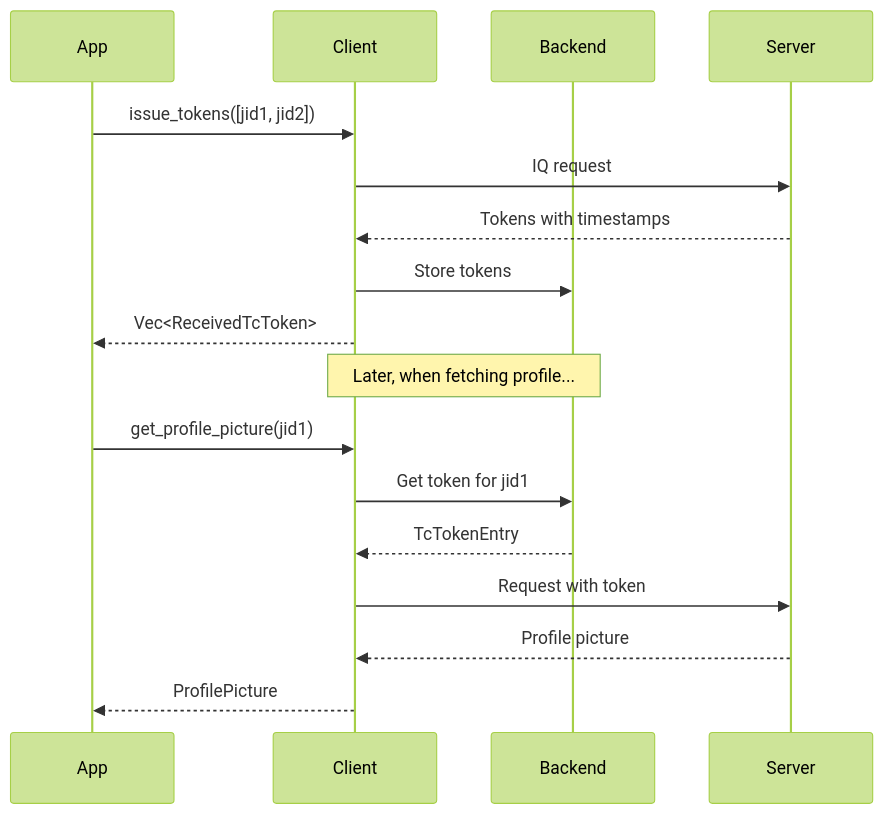
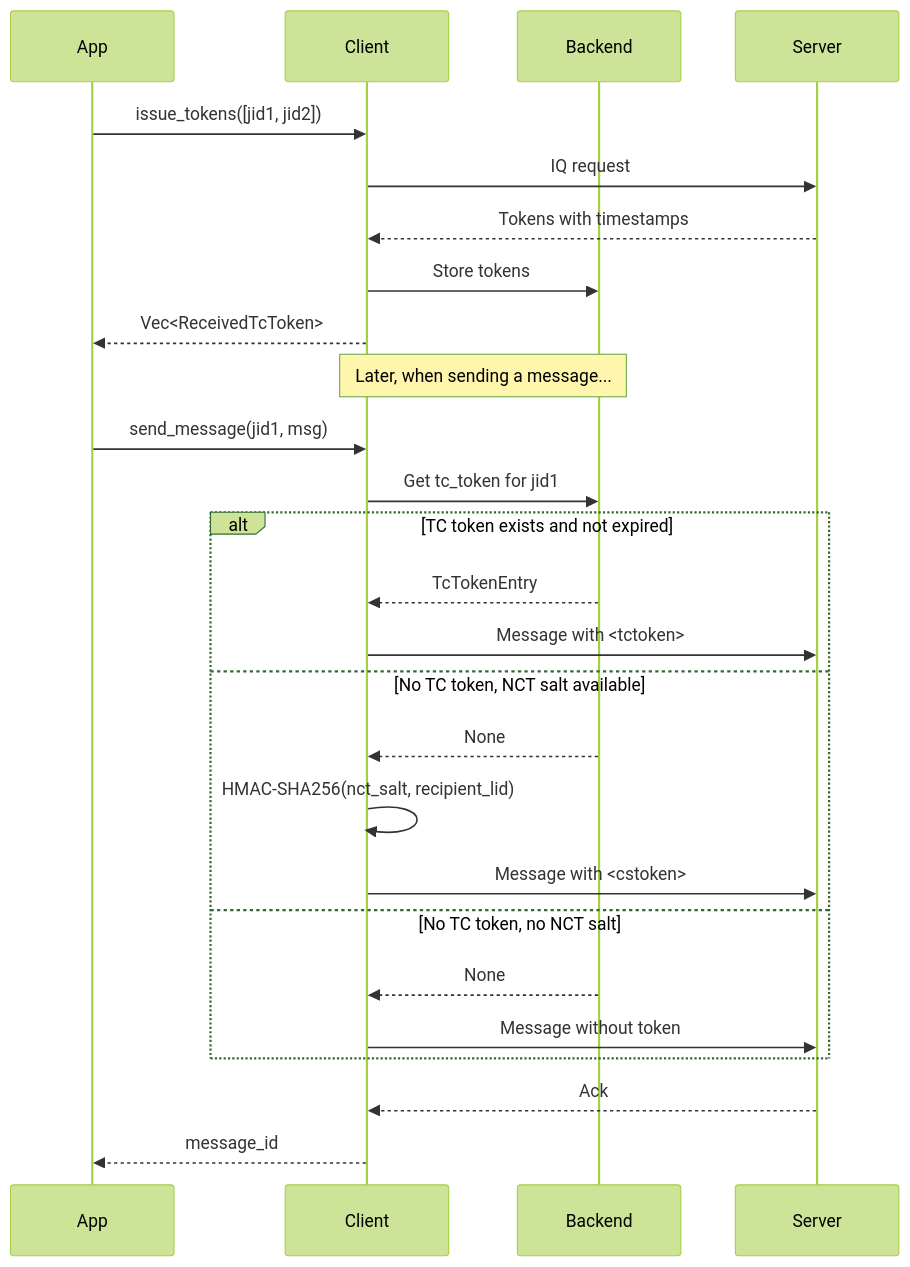
Before and after one commit to jlucaso1/whatsapp-rust-docs: the diagram in api/tctoken.mdx, drawn with Mermaid (forest theme). The commit also changed other lines of this file and 2 other files, not shown here.

Commit message:
docs: document cstoken (NCT) privacy token fallback and nct_salt storage

````diff
--- a/api/tctoken.mdx
+++ b/api/tctoken.mdx
@@ -167,22 +207,33 @@
 ```mermaid
 sequenceDiagram
     participant App
     participant Client
     participant Backend
     participant Server
     
     App->>Client: issue_tokens([jid1, jid2])
     Client->>Server: IQ request
     Server-->>Client: Tokens with timestamps
     Client->>Backend: Store tokens
     Client-->>App: Vec<ReceivedTcToken>
     
-    Note over Client,Backend: Later, when fetching profile...
+    Note over Client,Backend: Later, when sending a message...
     
-    App->>Client: get_profile_picture(jid1)
-    Client->>Backend: Get token for jid1
-    Backend-->>Client: TcTokenEntry
-    Client->>Server: Request with token
-    Server-->>Client: Profile picture
-    Client-->>App: ProfilePicture
+    App->>Client: send_message(jid1, msg)
+    Client->>Backend: Get tc_token for jid1
+    
+    alt TC token exists and not expired
+        Backend-->>Client: TcTokenEntry
+        Client->>Server: Message with <tctoken>
+    else No TC token, NCT salt available
+        Backend-->>Client: None
+        Client->>Client: HMAC-SHA256(nct_salt, recipient_lid)
+        Client->>Server: Message with <cstoken>
+    else No TC token, no NCT salt
+        Backend-->>Client: None
+        Client->>Server: Message without token
+    end
+    
+    Server-->>Client: Ack
+    Client-->>App: message_id
 ```
````
